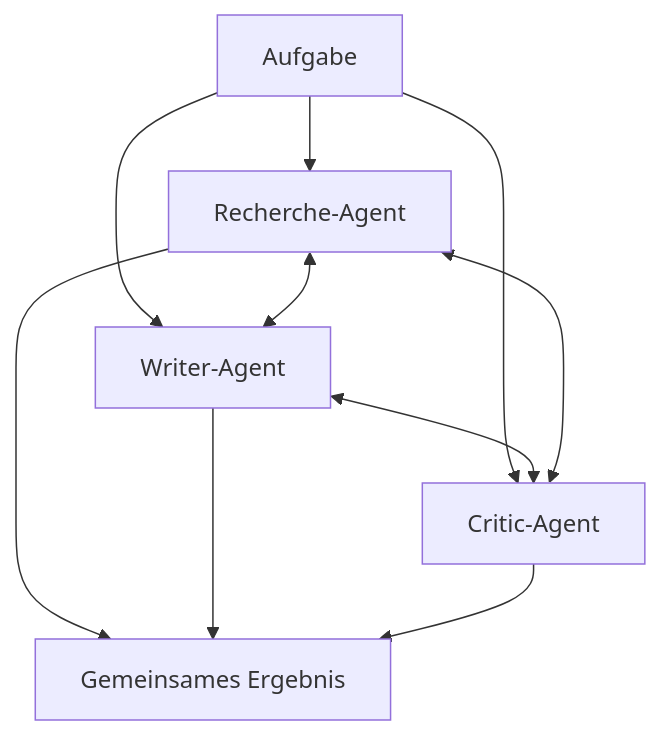
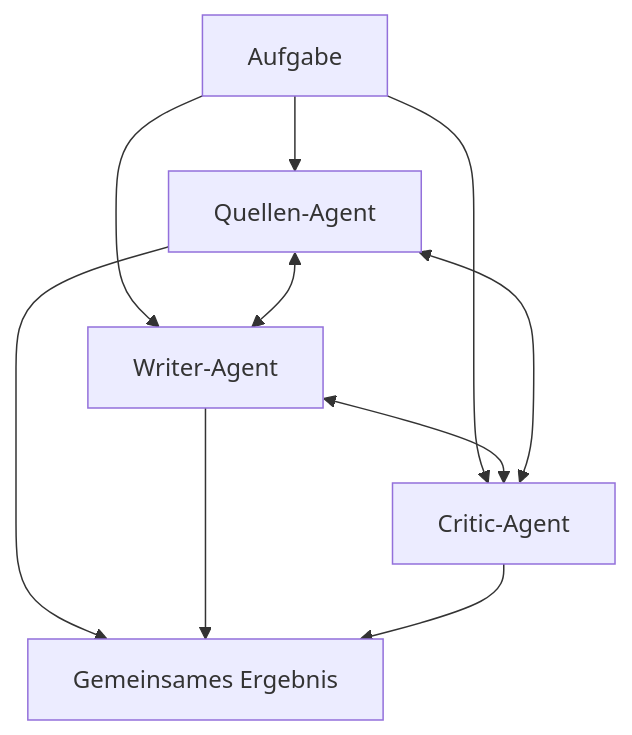
One commit to ralf-42/Agenten changed the eighth of 10 diagrams in docs/06-multi-agent-erweiterungen/multi-agent-systeme.md. Above: the diagram before and after it, drawn with Mermaid. The commit also changed other lines of this file and 40 other files, not shown here.

````diff
--- a/docs/06-multi-agent-erweiterungen/multi-agent-systeme.md
+++ b/docs/06-multi-agent-erweiterungen/multi-agent-systeme.md
@@ -251,12 +251,12 @@
 ```mermaid
 flowchart TD
-    A[Aufgabe] --> R[Recherche-Agent]
+    A[Aufgabe] --> R[Quellen-Agent]
     A --> W[Writer-Agent]
     A --> C[Critic-Agent]
     R <--> W
     W <--> C
     C <--> R
     R --> E[Gemeinsames Ergebnis]
     W --> E
     C --> E
 ```
````
